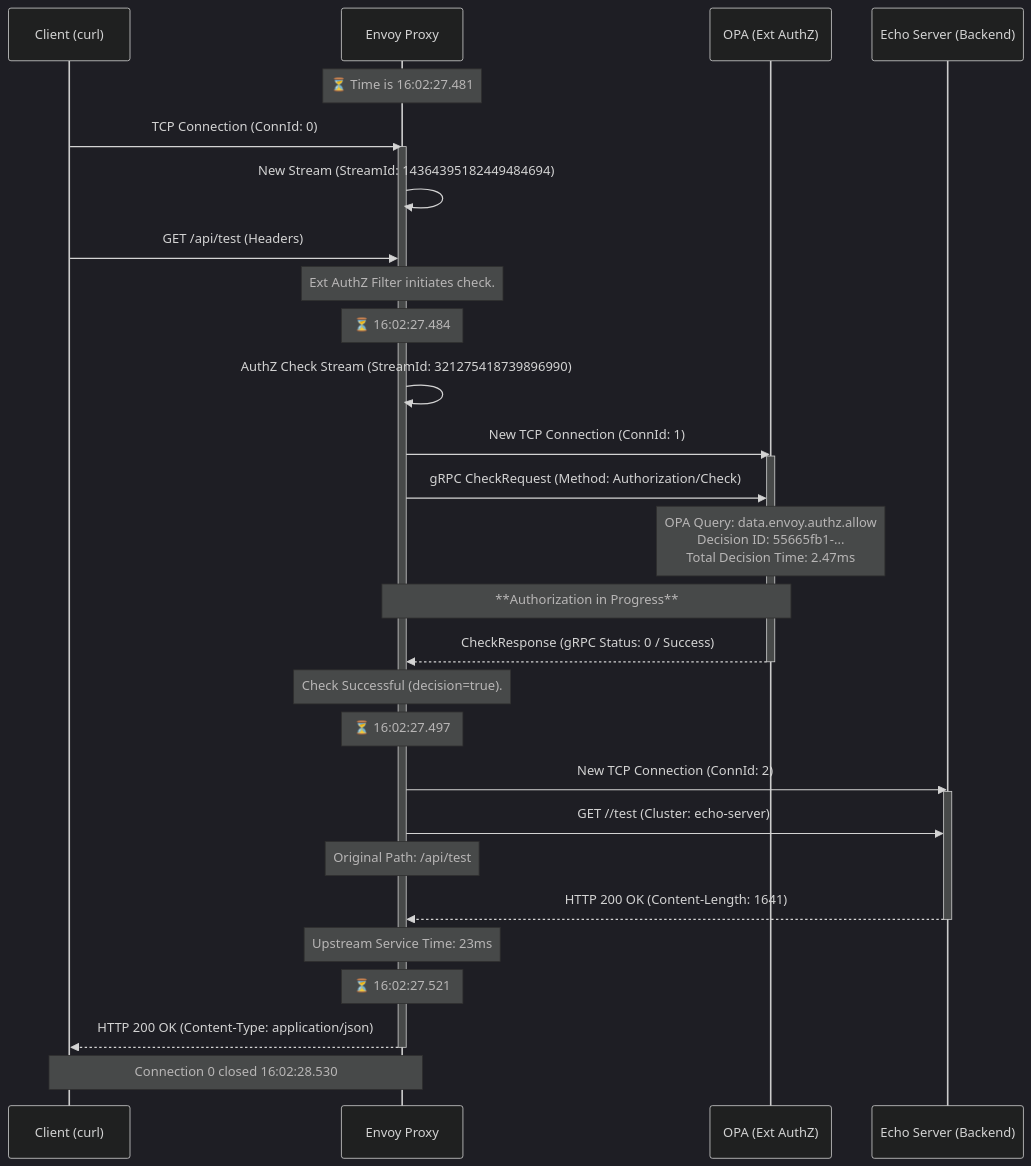
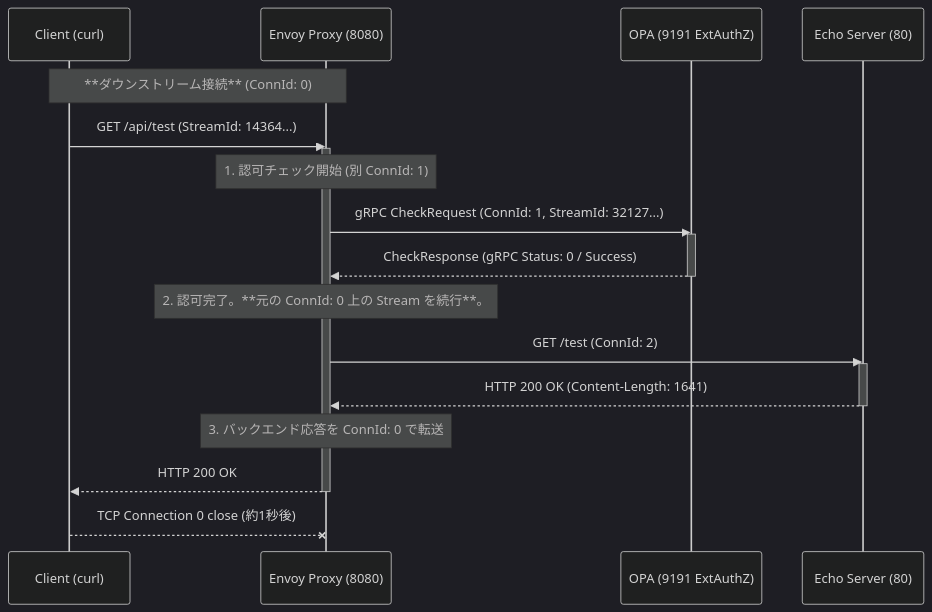
The diagram in example/ext-authz-opa-log.md (kanywst/envoy-external-authorization-filter-simple), drawn with Mermaid (dark theme) before and after one commit. The commit also changed other lines of this file and 1 other file, not shown here.

Commit message:
We updated the contents of README.md and ext-authz-opa-log.md to clarify connection details and request flow information. Specifically, we added information regarding the connection between Envoy Proxy and OPA and improved the sequence diagrams.

````diff
--- a/example/ext-authz-opa-log.md
+++ b/example/ext-authz-opa-log.md
@@ -22,39 +25,31 @@
 ```mermaid
 sequenceDiagram
     participant C as Client (curl)
-    participant E as Envoy Proxy
-    participant O as OPA (Ext AuthZ)
-    participant S as Echo Server (Backend)
+    participant E as Envoy Proxy (8080)
+    participant O as OPA (9191 ExtAuthZ)
+    participant S as Echo Server (80)
 
-    Note over E: ⏳ Time is 16:02:27.481
-    C->>E: TCP Connection (ConnId: 0)
+    Note over C,E: **ダウンストリーム接続** (ConnId: 0)
+    C->>E: GET /api/test (StreamId: 14364...)
     activate E
-    E->>E: New Stream (StreamId: 14364395182449484694)
-    C->>E: GET /api/test (Headers)
-    Note over E: Ext AuthZ Filter initiates check.
-    %% OPA CheckRequest
-    Note over E: ⏳ 16:02:27.484
-    E->>E: AuthZ Check Stream (StreamId: 321275418739896990)
-    E->>O: New TCP Connection (ConnId: 1)
+    
+    %% OPA CheckRequest (別接続/別ストリーム)
+    Note over E: 1. 認可チェック開始 (別 ConnId: 1)
+    E->>O: gRPC CheckRequest (ConnId: 1, StreamId: 32127...)
     activate O
-    E->>O: gRPC CheckRequest (Method: Authorization/Check)
-    Note over O: OPA Query: data.envoy.authz.allow<br>Decision ID: 55665fb1-...<br>Total Decision Time: 2.47ms
-    Note over E,O: **Authorization in Progress**
     O-->>E: CheckResponse (gRPC Status: 0 / Success)
     deactivate O
-    Note over E: Check Successful (decision=true).
-    %% Echo Server Request
-    Note over E: ⏳ 16:02:27.497
-    E->>S: New TCP Connection (ConnId: 2)
+    Note over E: 2. 認可完了。**元の ConnId: 0 上の Stream を続行**。
+    
+    %% Echo Server Request (別接続)
+    E->>S: GET /test (ConnId: 2)
     activate S
-    E->>S: GET //test (Cluster: echo-server)
-    Note over E: Original Path: /api/test
     S-->>E: HTTP 200 OK (Content-Length: 1641)
     deactivate S
-    Note over E: Upstream Service Time: 23ms
-    %% Final Response
-    Note over E: ⏳ 16:02:27.521
-    E-->>C: HTTP 200 OK (Content-Type: application/json)
+    
+    %% Final Response (ConnId: 0 を使用)
+    Note over E: 3. バックエンド応答を ConnId: 0 で転送
+    E-->>C: HTTP 200 OK
     deactivate E
-    Note over C,E: Connection 0 closed 16:02:28.530
+    C--x E: TCP Connection 0 close (約1秒後)
 ```
````
